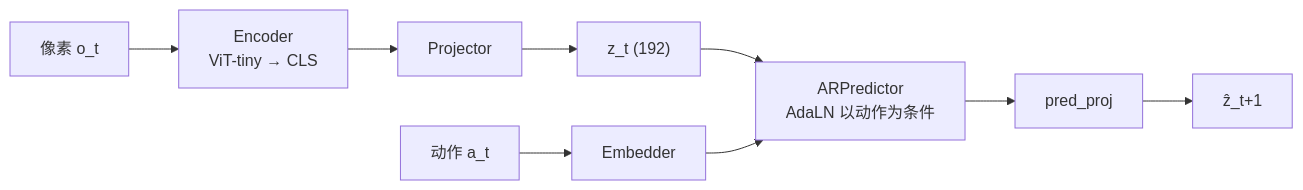
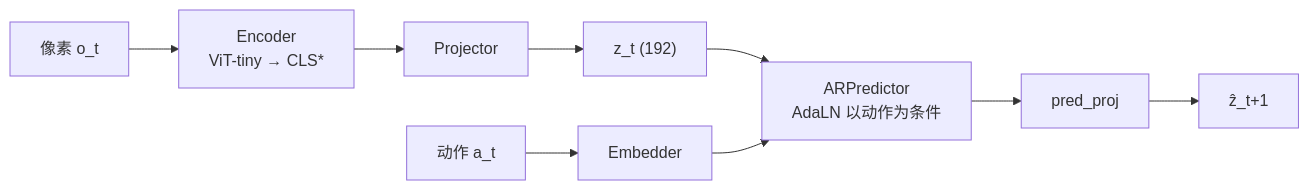
One commit to taot/le-wm changed the diagram in tutorials/slides/slides.md. Above: the diagram before and after it, drawn with Mermaid. The commit also changed other lines of this file, not shown here.

````diff
--- a/tutorials/slides/slides.md
+++ b/tutorials/slides/slides.md
@@ -1277,8 +1277,8 @@
 ```mermaid {scale: 0.62}
 flowchart LR
-  P["像素 o_t"] --> E["Encoder<br/>ViT-tiny → CLS"] --> PR["Projector"] --> Z["z_t (192)"]
+  P["像素 o_t"] --> E["Encoder<br/>ViT-tiny → CLS*"] --> PR["Projector"] --> Z["z_t (192)"]
   A["动作 a_t"] --> AE["Embedder"]
   Z --> AR["ARPredictor<br/>AdaLN 以动作为条件"]
   AE --> AR
   AR --> PP["pred_proj"] --> ZH["ẑ_t+1"]
 ```
````
